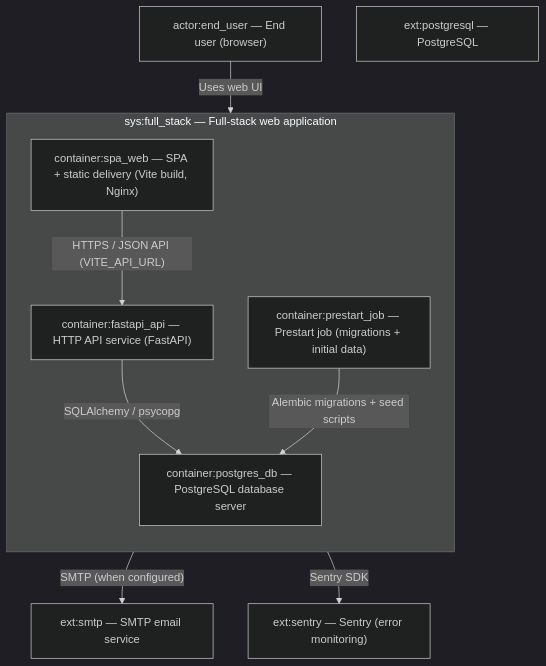
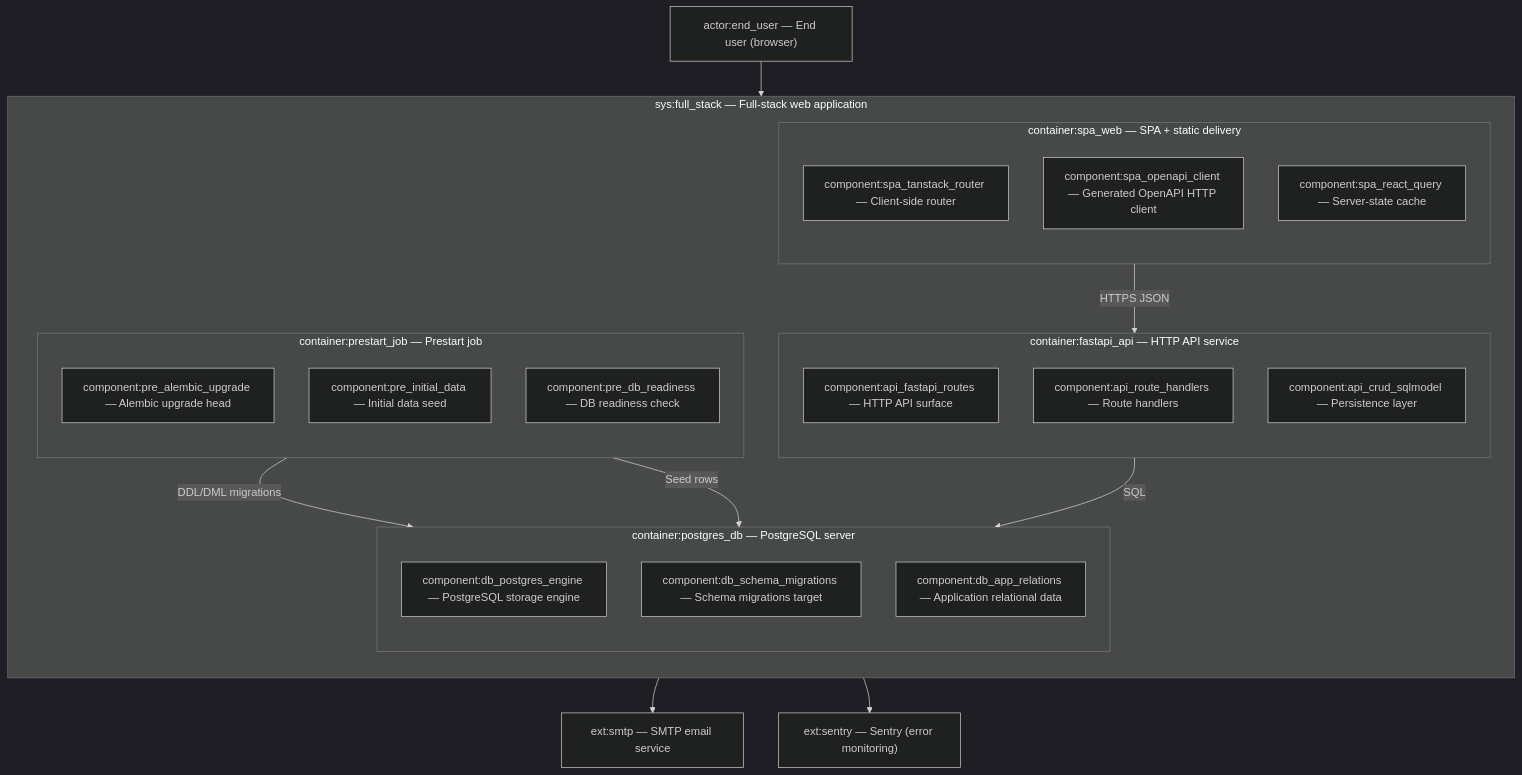
One commit to Decreen/decreen-arch-diff-demo changed the diagram in docs/c4-live.mermaid.md. Above: the diagram before and after it, drawn with Mermaid (dark theme). The commit also changed 3 other files, not shown here.

````diff
--- a/docs/c4-live.mermaid.md
+++ b/docs/c4-live.mermaid.md
@@ -3,21 +3,56 @@
 ```mermaid
 flowchart TD
   actor_end_user["actor:end_user — End user (browser)"]
-  ext_pg["ext:postgresql — PostgreSQL"]
   ext_smtp["ext:smtp — SMTP email service"]
   ext_sentry["ext:sentry — Sentry (error monitoring)"]
   subgraph sys_full_stack["sys:full_stack — Full-stack web application"]
     direction TB
-    %% SCOPE: urn:c4:container:sys:full_stack
-    spa["container:spa_web — SPA + static delivery (Vite build, Nginx)"]
-    api["container:fastapi_api — HTTP API service (FastAPI)"]
-    db["container:postgres_db — PostgreSQL database server"]
-    pre["container:prestart_job — Prestart job (migrations + initial data)"]
+    subgraph spa_c["container:spa_web — SPA + static delivery"]
+      direction TB
+      %% SCOPE: urn:c4:container:container:spa_web
+      spa_r["component:spa_tanstack_router — Client-side router"]
+      %% KIND: router
+      spa_o["component:spa_openapi_client — Generated OpenAPI HTTP client"]
+      %% KIND: integration
+      spa_q["component:spa_react_query — Server-state cache"]
+      %% KIND: storage
+    end
+    subgraph api_c["container:fastapi_api — HTTP API service"]
+      direction TB
+      %% SCOPE: urn:c4:container:container:fastapi_api
+      api_rt["component:api_fastapi_routes — HTTP API surface"]
+      %% KIND: router
+      api_h["component:api_route_handlers — Route handlers"]
+      %% KIND: service_layer
+      api_d["component:api_crud_sqlmodel — Persistence layer"]
+      %% KIND: data_access
+    end
+    subgraph db_c["container:postgres_db — PostgreSQL server"]
+      direction TB
+      %% SCOPE: urn:c4:container:container:postgres_db
+      db_e["component:db_postgres_engine — PostgreSQL storage engine"]
+      %% KIND: storage
+      db_m["component:db_schema_migrations — Schema migrations target"]
+      %% KIND: pipeline
+      db_a["component:db_app_relations — Application relational data"]
+      %% KIND: storage
+    end
+    subgraph pre_c["container:prestart_job — Prestart job"]
+      direction TB
+      %% SCOPE: urn:c4:container:container:prestart_job
+      pre_a["component:pre_alembic_upgrade — Alembic upgrade head"]
+      %% KIND: pipeline
+      pre_i["component:pre_initial_data — Initial data seed"]
+      %% KIND: worker
+      pre_r["component:pre_db_readiness — DB readiness check"]
+      %% KIND: integration
+    end
   end
-  actor_end_user -->|"Uses web UI"| spa
-  spa -->|"HTTPS / JSON API (VITE_API_URL)"| api
-  api -->|"SQLAlchemy / psycopg"| db
-  pre -->|"Alembic migrations + seed scripts"| db
-  api -->|"SMTP (when configured)"| ext_smtp
-  api -->|"Sentry SDK"| ext_sentry
+  actor_end_user --> spa_c
+  spa_o -->|"HTTPS JSON"| api_rt
+  api_d -->|"SQL"| db_e
+  pre_a -->|"DDL/DML migrations"| db_e
+  pre_i -->|"Seed rows"| db_a
+  api_h --> ext_smtp
+  api_h --> ext_sentry
 ```
````
